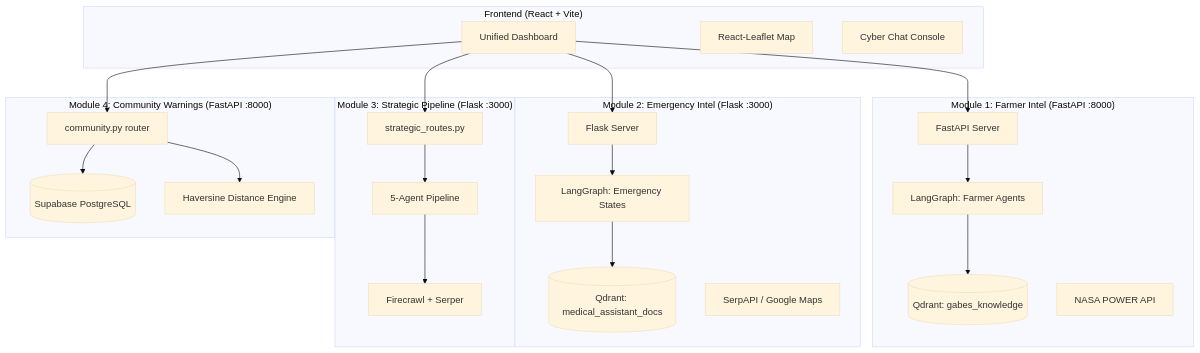
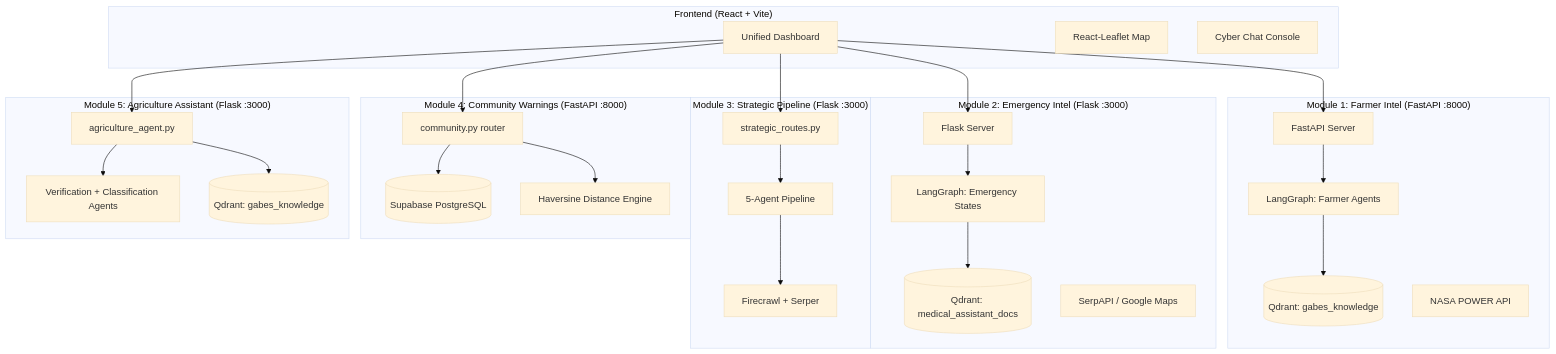
Before and after one commit to omarfh111/Gabesi-AIGuardian: the first of 7 diagrams in README.md, drawn with Mermaid (base theme). The commit also changed other lines of this file, not shown here.

First line of the commit message:
docs: document Module 5 Agriculture Assistant architecture and APIs

````diff
--- a/README.md
+++ b/README.md
@@ -30,47 +31,56 @@
 ```mermaid
 graph TD
     subgraph "Frontend (React + Vite)"
         UI[Unified Dashboard]
         Map[React-Leaflet Map]
         Chat[Cyber Chat Console]
     end
 
     subgraph "Module 1: Farmer Intel (FastAPI :8000)"
         FA[FastAPI Server]
         LG1[LangGraph: Farmer Agents]
         Q1[(Qdrant: gabes_knowledge)]
         NASA[NASA POWER API]
     end
 
     subgraph "Module 2: Emergency Intel (Flask :3000)"
         FS[Flask Server]
         LG2[LangGraph: Emergency States]
         Q2[(Qdrant: medical_assistant_docs)]
         Serp[SerpAPI / Google Maps]
     end
 
     subgraph "Module 3: Strategic Pipeline (Flask :3000)"
         StrategicBlueprint[strategic_routes.py]
         LG3[5-Agent Pipeline]
         Firecrawl[Firecrawl + Serper]
     end
 
     subgraph "Module 4: Community Warnings (FastAPI :8000)"
         CommunityRouter[community.py router]
         Supabase[(Supabase PostgreSQL)]
         Haversine[Haversine Distance Engine]
     end
 
+    subgraph "Module 5: Agriculture Assistant (Flask :3000)"
+        AgriAgent[agriculture_agent.py]
+        GeoVerify[Verification + Classification Agents]
+        AgriRAG[(Qdrant: gabes_knowledge)]
+    end
+
     UI --> FA
     UI --> FS
     UI --> StrategicBlueprint
     UI --> CommunityRouter
+    UI --> AgriAgent
     CommunityRouter --> Supabase
     CommunityRouter --> Haversine
     StrategicBlueprint --> LG3
     LG3 --> Firecrawl
     FA --> LG1
     FS --> LG2
     LG1 --> Q1
     LG2 --> Q2
+    AgriAgent --> GeoVerify
+    AgriAgent --> AgriRAG
 ```
````
